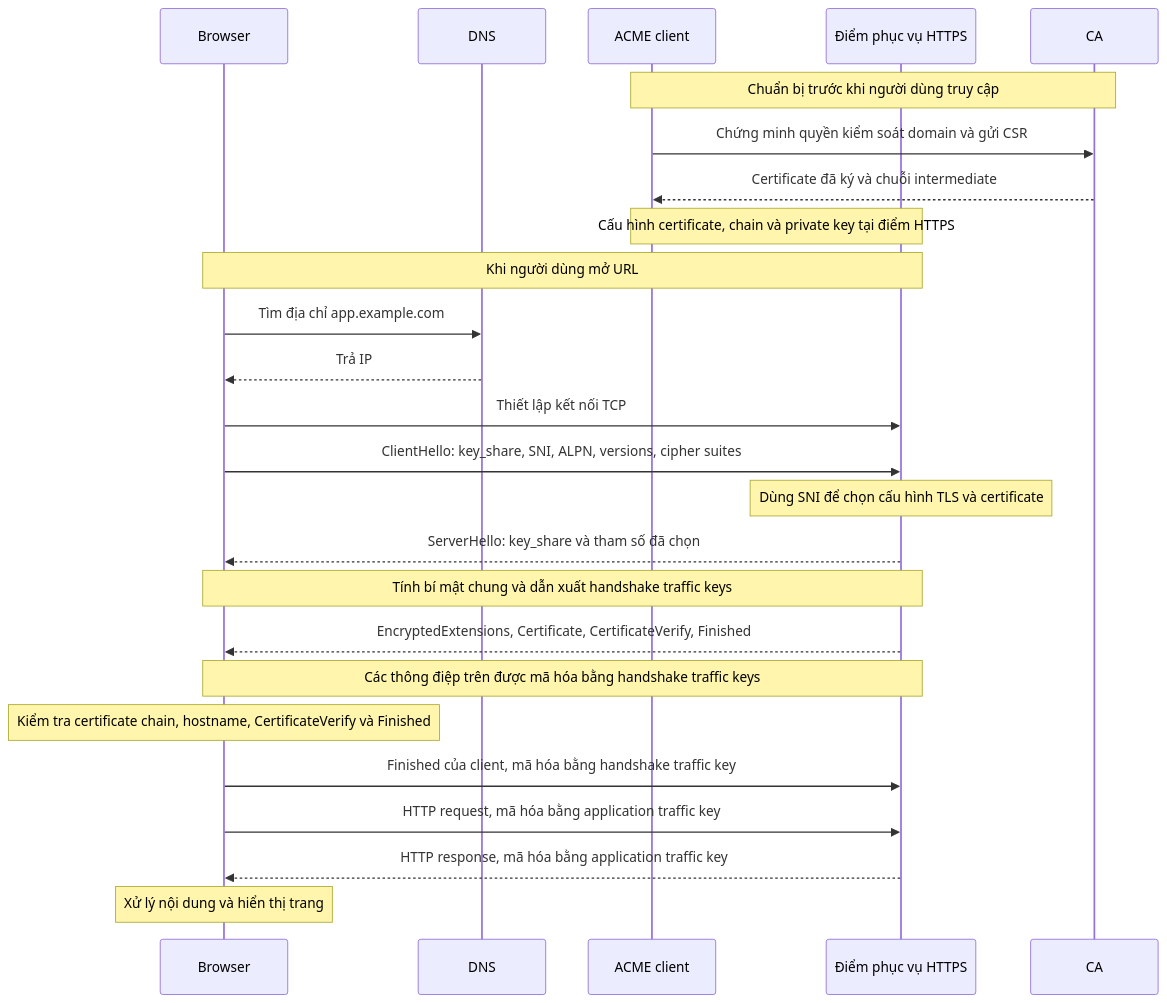
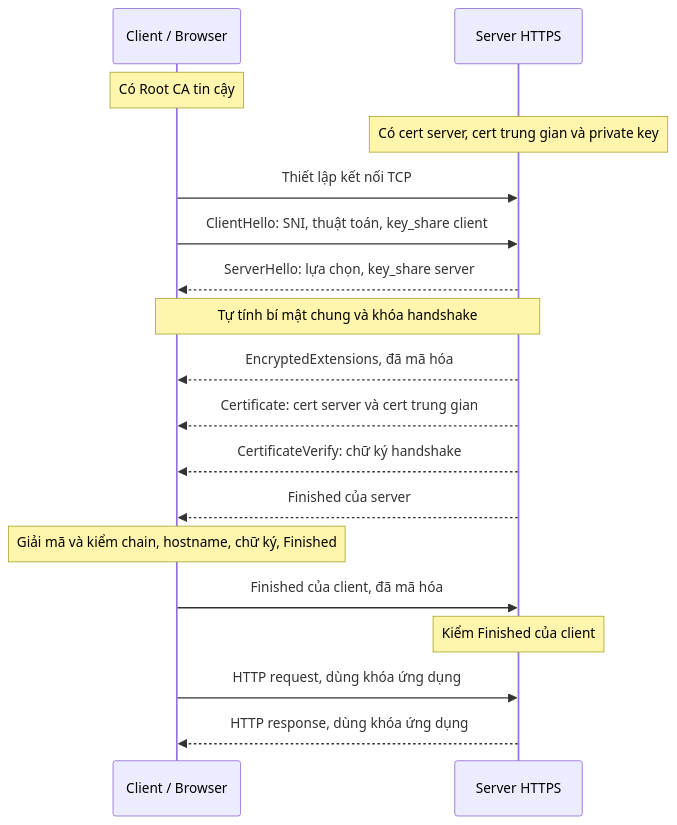
The diagram in cloudflare-rancher-docs/ca-tls-https-request-response.md (hieupham259/ansible_playbook_k8s-installation), drawn with Mermaid before and after one commit. The commit also changed other lines of this file and 1 other file, not shown here.

Commit message:
docs: consolidate TLS walkthrough in CA/TLS guide and preserve full sequence diagram

````diff
--- a/cloudflare-rancher-docs/ca-tls-https-request-response.md
+++ b/cloudflare-rancher-docs/ca-tls-https-request-response.md
@@ -237,29 +311,27 @@
 ```mermaid
 sequenceDiagram
-    participant B as Browser
-    participant D as DNS
-    participant A as ACME client
-    participant S as Điểm phục vụ HTTPS
-    participant C as CA
+    participant C as Client / Browser
+    participant S as Server HTTPS
 
-    Note over A,C: Chuẩn bị trước khi người dùng truy cập
-    A->>C: Chứng minh quyền kiểm soát domain và gửi CSR
-    C-->>A: Certificate đã ký và chuỗi intermediate
-    Note over A,S: Cấu hình certificate, chain và private key tại điểm HTTPS
+    Note over C: Có Root CA tin cậy
+    Note over S: Có cert server, cert trung gian và private key
 
-    Note over B,S: Khi người dùng mở URL
-    B->>D: Tìm địa chỉ app.example.com
-    D-->>B: Trả IP
-    B->>S: Thiết lập kết nối TCP
-    B->>S: ClientHello: key_share, SNI, ALPN, versions, cipher suites
-    Note over S: Dùng SNI để chọn cấu hình TLS và certificate
-    S-->>B: ServerHello: key_share và tham số đã chọn
-    Note over B,S: Tính bí mật chung và dẫn xuất handshake traffic keys
-    S-->>B: EncryptedExtensions, Certificate, CertificateVerify, Finished
-    Note over B,S: Các thông điệp trên được mã hóa bằng handshake traffic keys
-    Note over B: Kiểm tra certificate chain, hostname, CertificateVerify và Finished
-    B->>S: Finished của client, mã hóa bằng handshake traffic key
-    B->>S: HTTP request, mã hóa bằng application traffic key
-    S-->>B: HTTP response, mã hóa bằng application traffic key
-    Note over B: Xử lý nội dung và hiển thị trang
+    C->>S: Thiết lập kết nối TCP
+    C->>S: ClientHello: SNI, thuật toán, key_share client
+    S-->>C: ServerHello: lựa chọn, key_share server
+
+    Note over C,S: Tự tính bí mật chung và khóa handshake
+
+    S-->>C: EncryptedExtensions, đã mã hóa
+    S-->>C: Certificate: cert server và cert trung gian
+    S-->>C: CertificateVerify: chữ ký handshake
+    S-->>C: Finished của server
+
+    Note over C: Giải mã và kiểm chain, hostname, chữ ký, Finished
+
+    C->>S: Finished của client, đã mã hóa
+    Note over S: Kiểm Finished của client
+
+    C->>S: HTTP request, dùng khóa ứng dụng
+    S-->>C: HTTP response, dùng khóa ứng dụng
 ```
````
